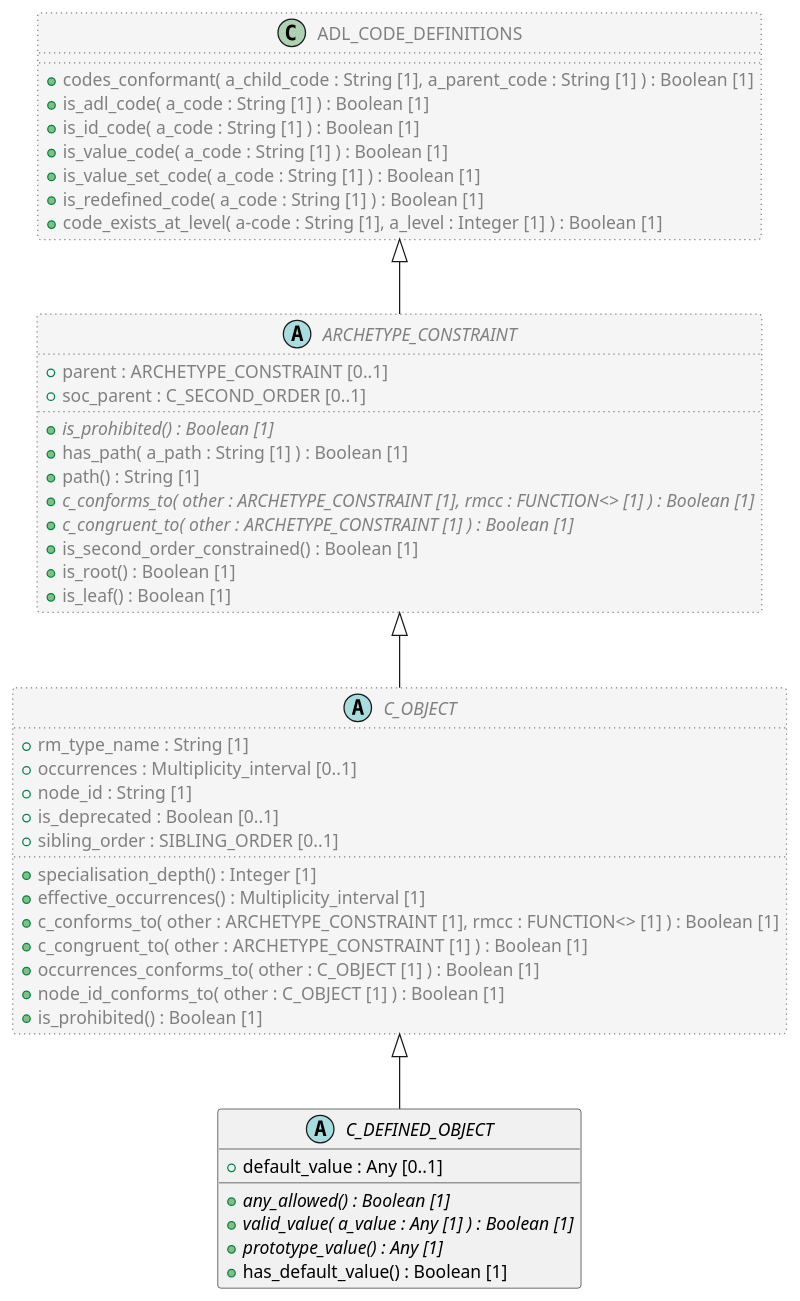
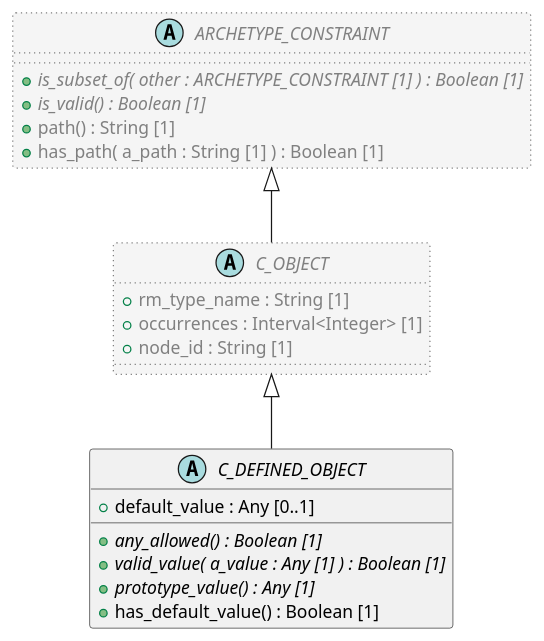
The diagram in code/PlantUML/openehr_am_2.2.0/org/openehr/am/aom2/constraint_model/C_DEFINED_OBJECT.puml (sebastian-iancu/code-generator), drawn with PlantUML before and after one commit. The commit also changed 140 other files, not shown here.

Commit message:
regenerate plantUML variant

```diff
--- a/code/PlantUML/openehr_am_2.2.0/org/openehr/am/aom2/constraint_model/C_DEFINED_OBJECT.puml
+++ b/code/PlantUML/openehr_am_2.2.0/org/openehr/am/aom2/constraint_model/C_DEFINED_OBJECT.puml
@@ -1,56 +1,29 @@
 @startuml
 
 abstract class C_DEFINED_OBJECT {
   + default_value : Any [0..1]
   + {abstract} any_allowed() : Boolean [1]
   + {abstract} valid_value( a_value : Any [1] ) : Boolean [1]
   + {abstract} prototype_value() : Any [1]
   + has_default_value() : Boolean [1]
 }
 
 abstract class C_OBJECT  #whitesmoke;line:gray;line.dotted;text:gray {
   + rm_type_name : String [1]
-  + occurrences : Multiplicity_interval [0..1]
+  + occurrences : Interval<Integer> [1]
   + node_id : String [1]
-  + is_deprecated : Boolean [0..1]
-  + sibling_order : SIBLING_ORDER [0..1]
-  + specialisation_depth() : Integer [1]
-  + effective_occurrences() : Multiplicity_interval [1]
-  + c_conforms_to( other : ARCHETYPE_CONSTRAINT [1], rmcc : FUNCTION<> [1] ) : Boolean [1]
-  + c_congruent_to( other : ARCHETYPE_CONSTRAINT [1] ) : Boolean [1]
-  + occurrences_conforms_to( other : C_OBJECT [1] ) : Boolean [1]
-  + node_id_conforms_to( other : C_OBJECT [1] ) : Boolean [1]
-  + is_prohibited() : Boolean [1]
 }
 
 abstract class ARCHETYPE_CONSTRAINT  #whitesmoke;line:gray;line.dotted;text:gray {
-  + parent : ARCHETYPE_CONSTRAINT [0..1]
-  + soc_parent : C_SECOND_ORDER [0..1]
-  + {abstract} is_prohibited() : Boolean [1]
+  + {abstract} is_subset_of( other : ARCHETYPE_CONSTRAINT [1] ) : Boolean [1]
+  + {abstract} is_valid() : Boolean [1]
+  + path() : String [1]
   + has_path( a_path : String [1] ) : Boolean [1]
-  + path() : String [1]
-  + {abstract} c_conforms_to( other : ARCHETYPE_CONSTRAINT [1], rmcc : FUNCTION<> [1] ) : Boolean [1]
-  + {abstract} c_congruent_to( other : ARCHETYPE_CONSTRAINT [1] ) : Boolean [1]
-  + is_second_order_constrained() : Boolean [1]
-  + is_root() : Boolean [1]
-  + is_leaf() : Boolean [1]
 }
-
-class ADL_CODE_DEFINITIONS  #whitesmoke;line:gray;line.dotted;text:gray {
-  + codes_conformant( a_child_code : String [1], a_parent_code : String [1] ) : Boolean [1]
-  + is_adl_code( a_code : String [1] ) : Boolean [1]
-  + is_id_code( a_code : String [1] ) : Boolean [1]
-  + is_value_code( a_code : String [1] ) : Boolean [1]
-  + is_value_set_code( a_code : String [1] ) : Boolean [1]
-  + is_redefined_code( a_code : String [1] ) : Boolean [1]
-  + code_exists_at_level( a-code : String [1], a_level : Integer [1] ) : Boolean [1]
-}
-
-ADL_CODE_DEFINITIONS <|-- ARCHETYPE_CONSTRAINT
 
 ARCHETYPE_CONSTRAINT <|-- C_OBJECT
 
 C_OBJECT <|-- C_DEFINED_OBJECT
 
 
 @enduml
```
